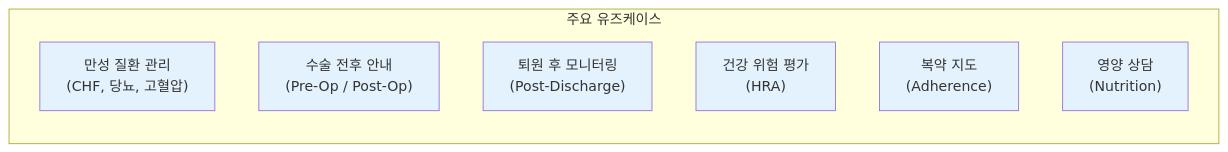
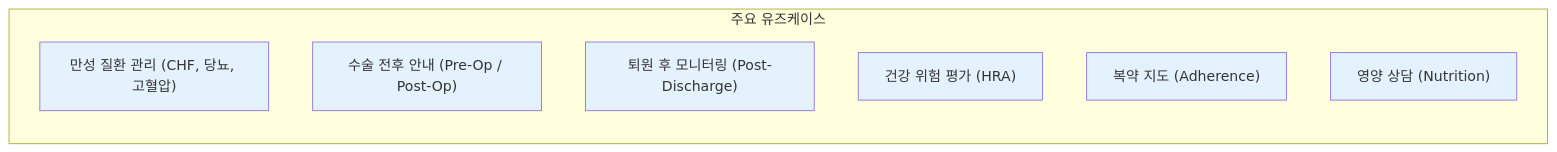
Before and after one commit to Kanghyeop/pages-book-agent101: the third of 7 diagrams in appendix-b/B01.md, drawn with Mermaid. The commit also changed other lines of this file and 48 other files, not shown here.

First line of the commit message:
fix: Mermaid 렌더링 + SVG 경로 수정

````diff
--- a/appendix-b/B01.md
+++ b/appendix-b/B01.md
@@ -134,18 +134,18 @@
 ```mermaid
 flowchart LR
     subgraph UseCases["주요 유즈케이스"]
-        UC1["만성 질환 관리<br/>(CHF, 당뇨, 고혈압)"]
-        UC2["수술 전후 안내<br/>(Pre-Op / Post-Op)"]
-        UC3["퇴원 후 모니터링<br/>(Post-Discharge)"]
-        UC4["건강 위험 평가<br/>(HRA)"]
-        UC5["복약 지도<br/>(Adherence)"]
-        UC6["영양 상담<br/>(Nutrition)"]
+        UC1["만성 질환 관리 (CHF, 당뇨, 고혈압)"]
+        UC2["수술 전후 안내 (Pre-Op / Post-Op)"]
+        UC3["퇴원 후 모니터링 (Post-Discharge)"]
+        UC4["건강 위험 평가 (HRA)"]
+        UC5["복약 지도 (Adherence)"]
+        UC6["영양 상담 (Nutrition)"]
     end
 
     style UC1 fill:#E3F2FD
     style UC2 fill:#E3F2FD
     style UC3 fill:#E3F2FD
     style UC4 fill:#E3F2FD
     style UC5 fill:#E3F2FD
     style UC6 fill:#E3F2FD
 ```
````
